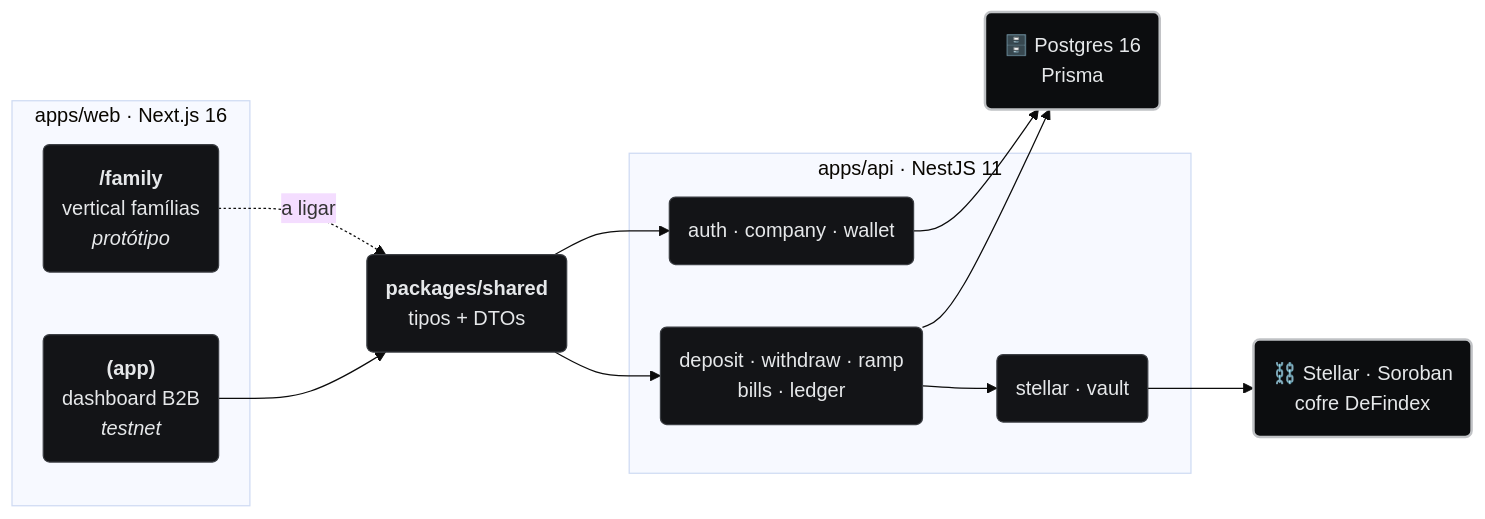
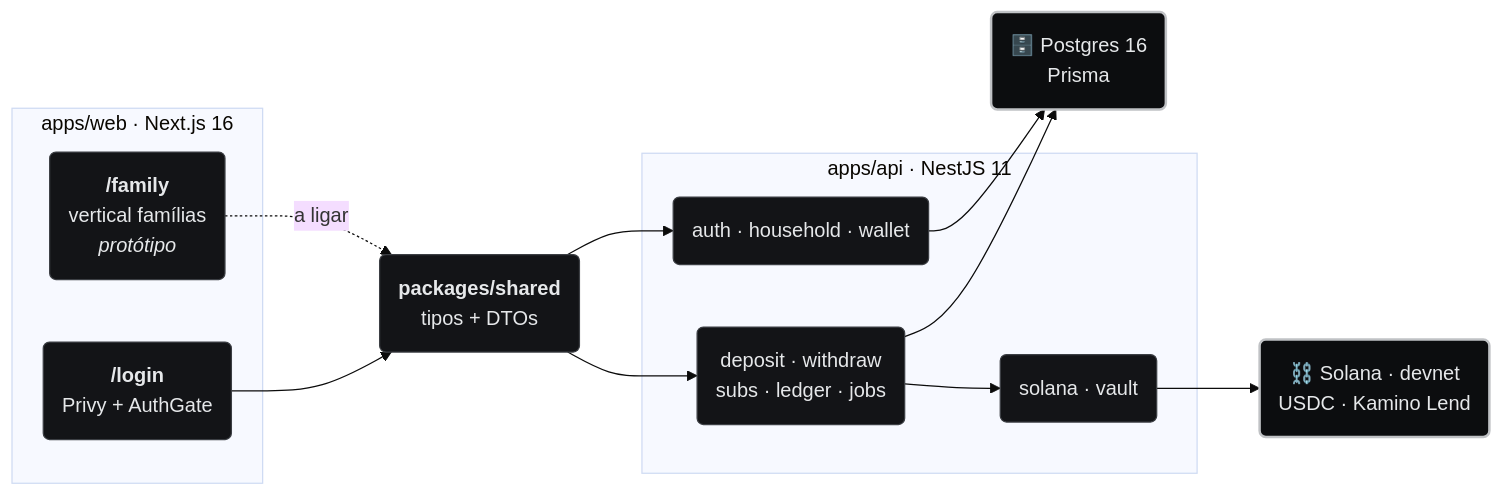
The third of 3 diagrams in README.md (Tiago-Alcantara/yield2Pay-solana), drawn with Mermaid (base theme) before and after one commit. The commit also changed other lines of this file and 42 other files, not shown here.

First line of the commit message:
feat: migrate family vault from Stellar/DeFindex to Solana/Kamino

````diff
--- a/README.md
+++ b/README.md
@@ -206,32 +209,32 @@
 ```mermaid
 flowchart LR
     subgraph web["apps/web · Next.js 16"]
         FAM("<b>/family</b><br/>vertical famílias<br/><i>protótipo</i>")
-        APP("<b>(app)</b><br/>dashboard B2B<br/><i>testnet</i>")
+        LOGIN("<b>/login</b><br/>Privy + AuthGate")
     end
 
     T("<b>packages/shared</b><br/>tipos + DTOs")
 
     subgraph api["apps/api · NestJS 11"]
-        AUTH("auth · company · wallet")
-        FLOW("deposit · withdraw · ramp<br/>bills · ledger")
-        CHAIN("stellar · vault")
+        AUTH("auth · household · wallet")
+        FLOW("deposit · withdraw<br/>subs · ledger · jobs")
+        CHAIN("solana · vault")
     end
 
     PG("🗄️ Postgres 16<br/>Prisma")
-    SOR("⛓️ Stellar · Soroban<br/>cofre DeFindex")
+    SOL("⛓️ Solana · devnet<br/>USDC · Kamino Lend")
 
-    APP --> T
     FAM -.->|"a ligar"| T
+    LOGIN --> T
     T --> AUTH
     T --> FLOW
     AUTH --> PG
     FLOW --> PG
     FLOW --> CHAIN
-    CHAIN --> SOR
+    CHAIN --> SOL
 
     classDef box fill:#131417,stroke:#3c3f44,stroke-width:1px,color:#E6E8EA
     classDef ext fill:#0c0d0f,stroke:#C0C2C5,stroke-width:2px,color:#E6E8EA
-    class FAM,APP,T,AUTH,FLOW,CHAIN box
-    class PG,SOR ext
+    class FAM,LOGIN,T,AUTH,FLOW,CHAIN box
+    class PG,SOL ext
 ```
````
